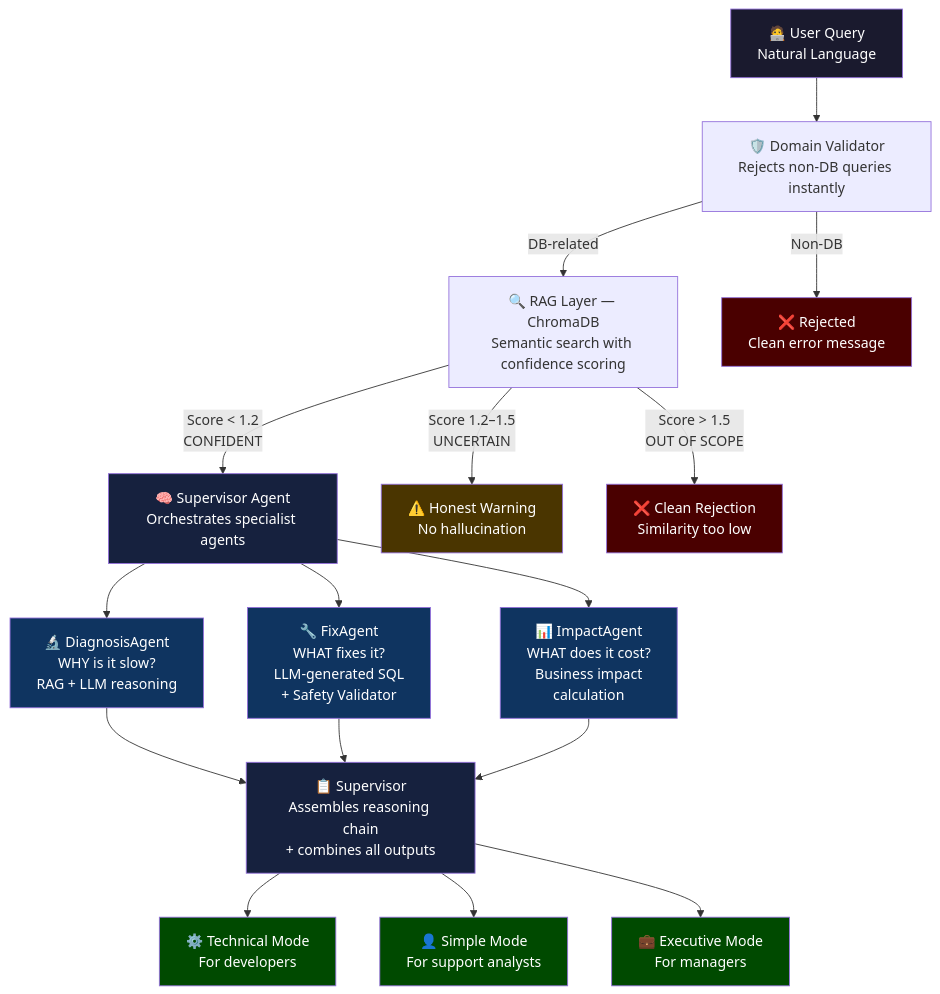
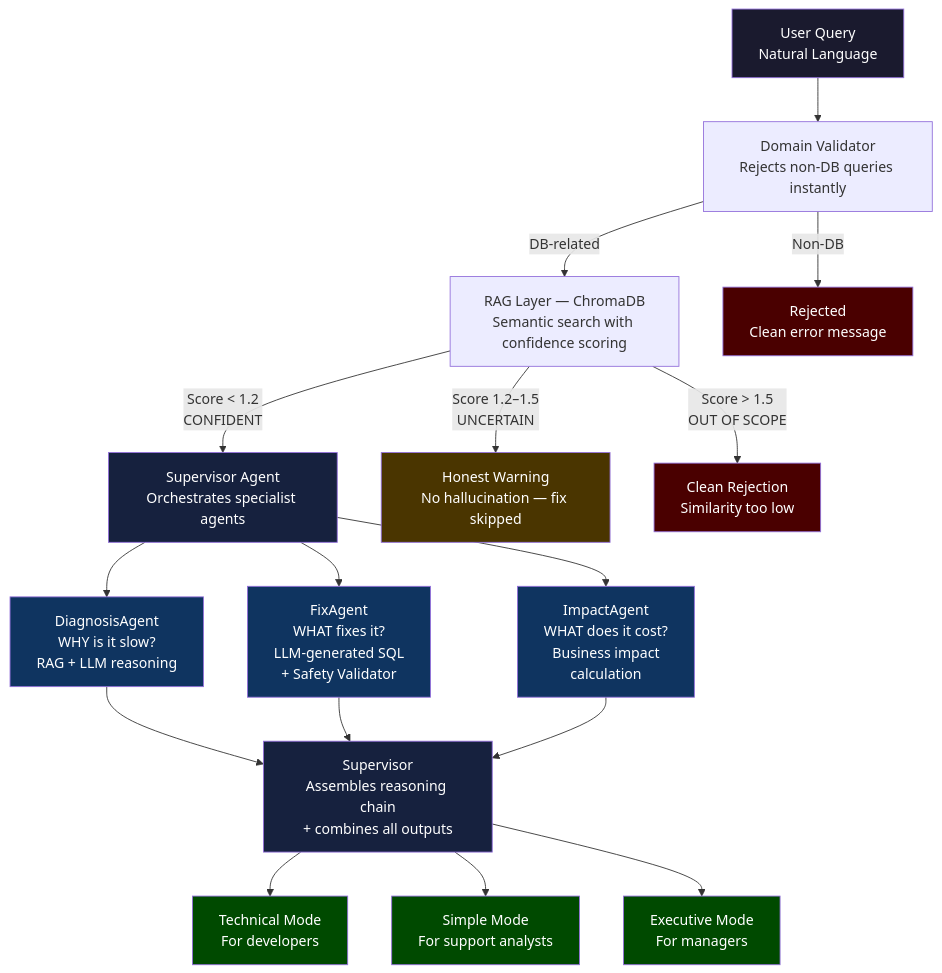
One commit to Abinaya-092/solartis-hackathon-abinaya-t-92 changed the diagram in README.md. Above: the diagram before and after it, drawn with Mermaid. The commit also changed other lines of this file, not shown here.

````diff
--- a/README.md
+++ b/README.md
@@ -26,36 +26,36 @@
 ```mermaid
 flowchart TD
-    A["🧑‍💻 User Query\nNatural Language"] --> B["🛡️ Domain Validator\nRejects non-DB queries instantly"]
+    A["User Query\nNatural Language"] --> B["Domain Validator\nRejects non-DB queries instantly"]
     
-    B -->|"DB-related"| C["🔍 RAG Layer — ChromaDB\nSemantic search with confidence scoring"]
-    B -->|"Non-DB"| X1["❌ Rejected\nClean error message"]
+    B -->|"DB-related"| C["RAG Layer — ChromaDB\nSemantic search with confidence scoring"]
+    B -->|"Non-DB"| X1["Rejected\nClean error message"]
     
-    C -->|"Score < 1.2\nCONFIDENT"| D["🧠 Supervisor Agent\nOrchestrates specialist agents"]
-    C -->|"Score 1.2–1.5\nUNCERTAIN"| X2["⚠️ Honest Warning\nNo hallucination"]
-    C -->|"Score > 1.5\nOUT OF SCOPE"| X3["❌ Clean Rejection\nSimilarity too low"]
+    C -->|"Score < 1.2\nCONFIDENT"| D["Supervisor Agent\nOrchestrates specialist agents"]
+    C -->|"Score 1.2–1.5\nUNCERTAIN"| X2["Honest Warning\nNo hallucination — fix skipped"]
+    C -->|"Score > 1.5\nOUT OF SCOPE"| X3["Clean Rejection\nSimilarity too low"]
     
-    D --> E["🔬 DiagnosisAgent\nWHY is it slow?\nRAG + LLM reasoning"]
-    D --> F["🔧 FixAgent\nWHAT fixes it?\nLLM-generated SQL\n+ Safety Validator"]
-    D --> G["📊 ImpactAgent\nWHAT does it cost?\nBusiness impact\ncalculation"]
+    D --> E["DiagnosisAgent\nWHY is it slow?\nRAG + LLM reasoning"]
+    D --> F["FixAgent\nWHAT fixes it?\nLLM-generated SQL\n+ Safety Validator"]
+    D --> G["ImpactAgent\nWHAT does it cost?\nBusiness impact\ncalculation"]
     
-    E --> H["📋 Supervisor\nAssembles reasoning chain\n+ combines all outputs"]
+    E --> H["Supervisor\nAssembles reasoning chain\n+ combines all outputs"]
     F --> H
     G --> H
     
-    H --> I["⚙️ Technical Mode\nFor developers"]
-    H --> J["👤 Simple Mode\nFor support analysts"]
-    H --> K["💼 Executive Mode\nFor managers"]
+    H --> I["Technical Mode\nFor developers"]
+    H --> J["Simple Mode\nFor support analysts"]
+    H --> K["Executive Mode\nFor managers"]
     
     style A fill:#1a1a2e,color:#fff
     style D fill:#16213e,color:#fff
     style E fill:#0f3460,color:#fff
     style F fill:#0f3460,color:#fff
     style G fill:#0f3460,color:#fff
     style H fill:#16213e,color:#fff
     style X1 fill:#4a0000,color:#fff
     style X2 fill:#4a3500,color:#fff
     style X3 fill:#4a0000,color:#fff
     style I fill:#004a00,color:#fff
     style J fill:#004a00,color:#fff
     style K fill:#004a00,color:#fff
 ```
````
